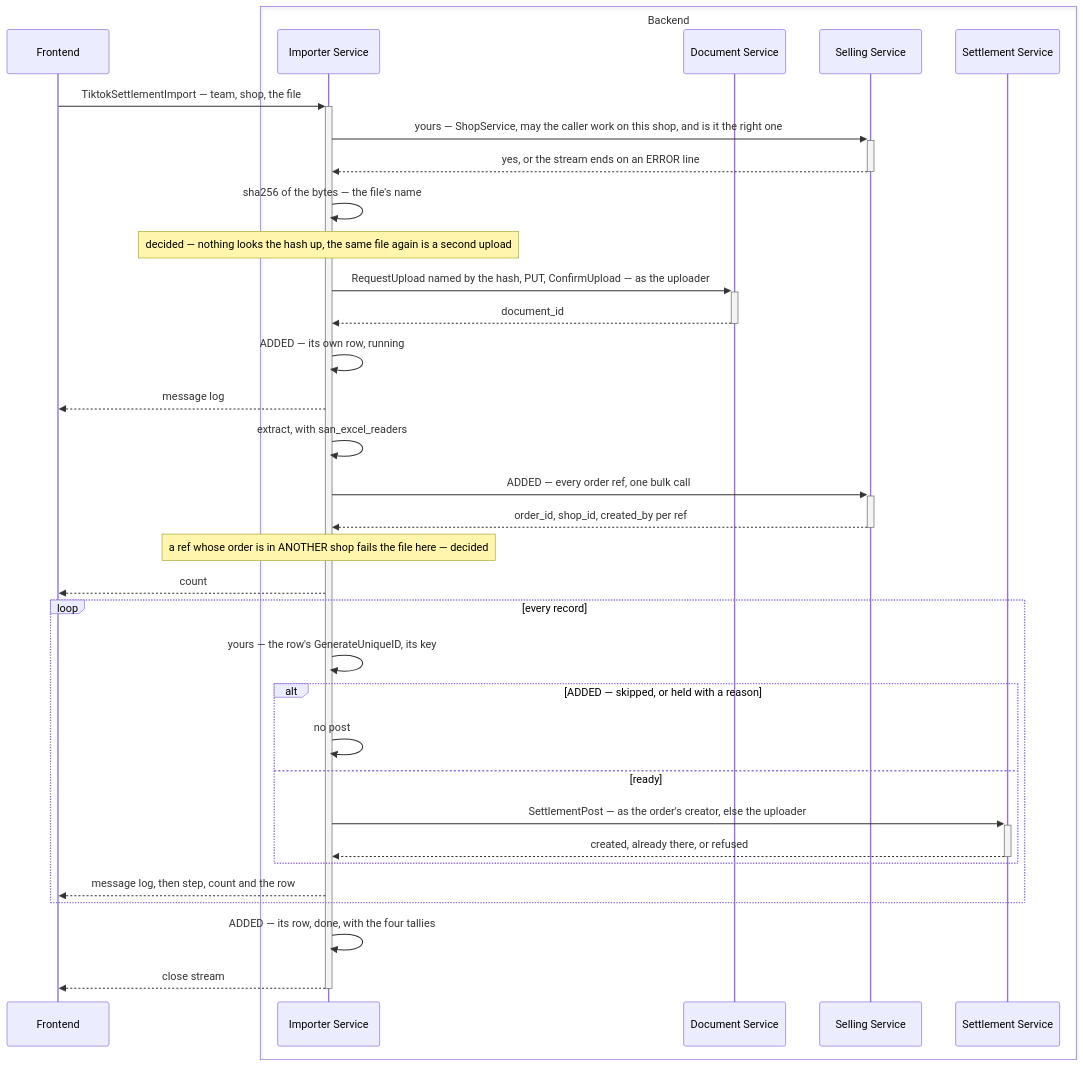
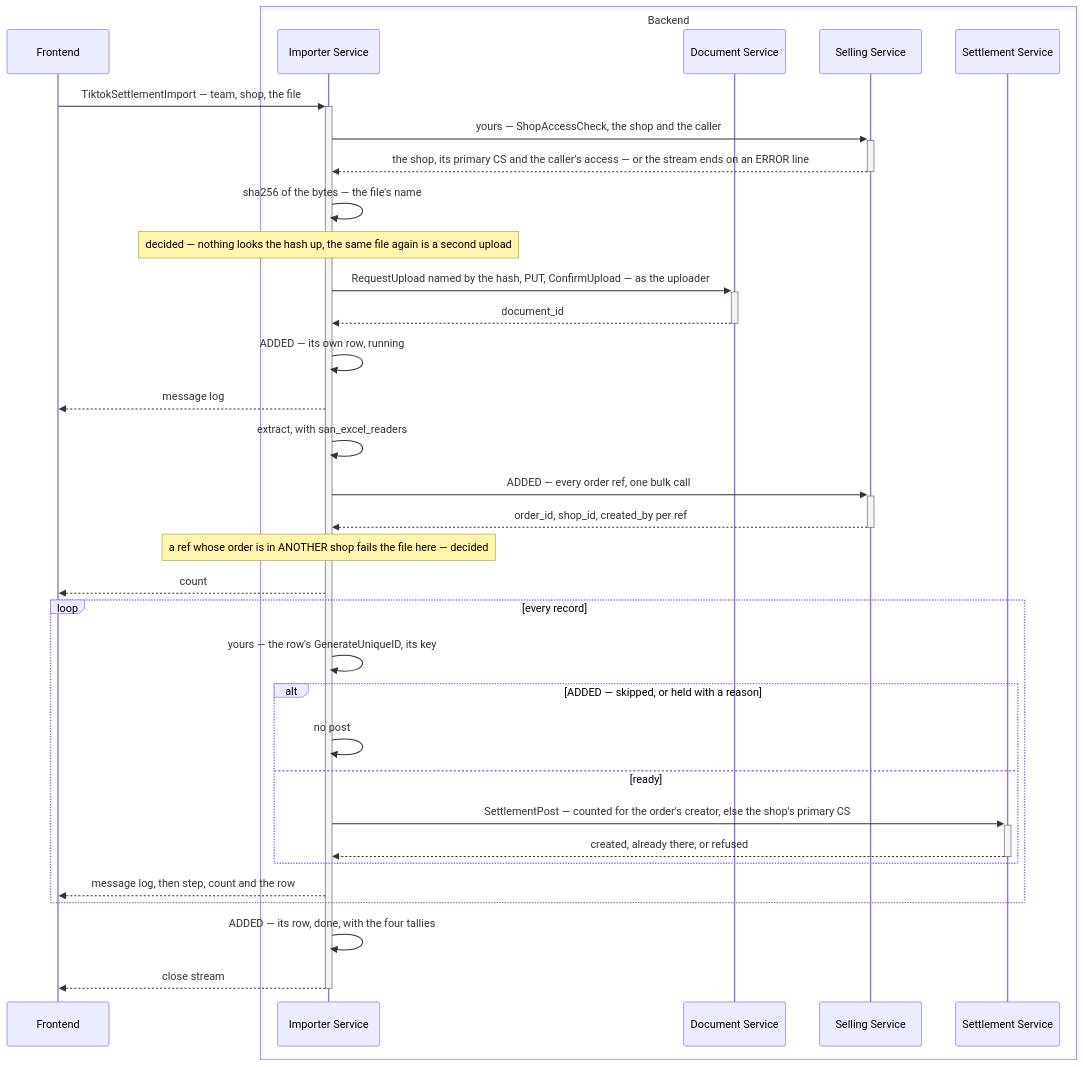
One commit to pdcgo/warehouse_revamp changed the third of 10 diagrams in docs/business/settlement/settlement_importer_clarify.md. Above: the diagram before and after it, drawn with Mermaid. The commit also changed other lines of this file and 7 other files, not shown here.

First line of the commit message:
settlement: record user-id-is-the-orders-creator-else-the-shops-primary-cs

````diff
--- a/docs/business/settlement/settlement_importer_clarify.md
+++ b/docs/business/settlement/settlement_importer_clarify.md
@@ -107,36 +107,36 @@
 ```mermaid
 sequenceDiagram
     participant fe as Frontend
     box Backend
         participant import as Importer Service
         participant doc as Document Service
         participant sell as Selling Service
         participant settle as Settlement Service
     end
     fe->>+import: TiktokSettlementImport — team, shop, the file
-    import->>+sell: yours — ShopService, may the caller work on this shop, and is it the right one
-    sell-->>-import: yes, or the stream ends on an ERROR line
+    import->>+sell: yours — ShopAccessCheck, the shop and the caller
+    sell-->>-import: the shop, its primary CS and the caller's access — or the stream ends on an ERROR line
     import->>import: sha256 of the bytes — the file's name
     Note over import: decided — nothing looks the hash up, the same file again is a second upload
     import->>+doc: RequestUpload named by the hash, PUT, ConfirmUpload — as the uploader
     doc-->>-import: document_id
     import->>import: ADDED — its own row, running
     import-->>fe: message log
     import->>import: extract, with san_excel_readers
     import->>+sell: ADDED — every order ref, one bulk call
     sell-->>-import: order_id, shop_id, created_by per ref
     Note over import: a ref whose order is in ANOTHER shop fails the file here — decided
     import-->>fe: count
     loop every record
         import->>import: yours — the row's GenerateUniqueID, its key
         alt ADDED — skipped, or held with a reason
             import->>import: no post
         else ready
-            import->>+settle: SettlementPost — as the order's creator, else the uploader
+            import->>+settle: SettlementPost — counted for the order's creator, else the shop's primary CS
             settle-->>-import: created, already there, or refused
         end
         import-->>fe: message log, then step, count and the row
     end
     import->>import: ADDED — its row, done, with the four tallies
     import-->>-fe: close stream
 ```
````
